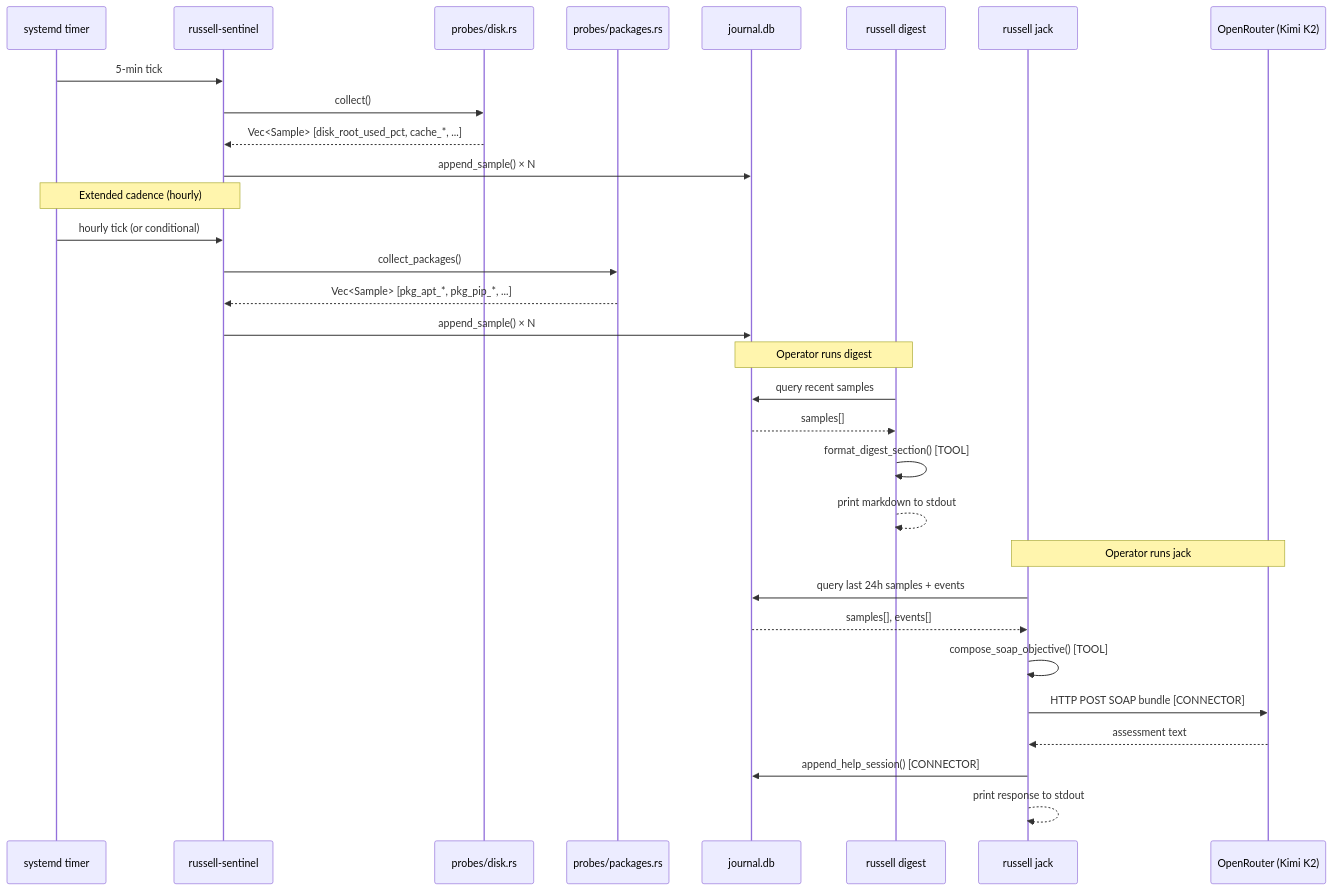
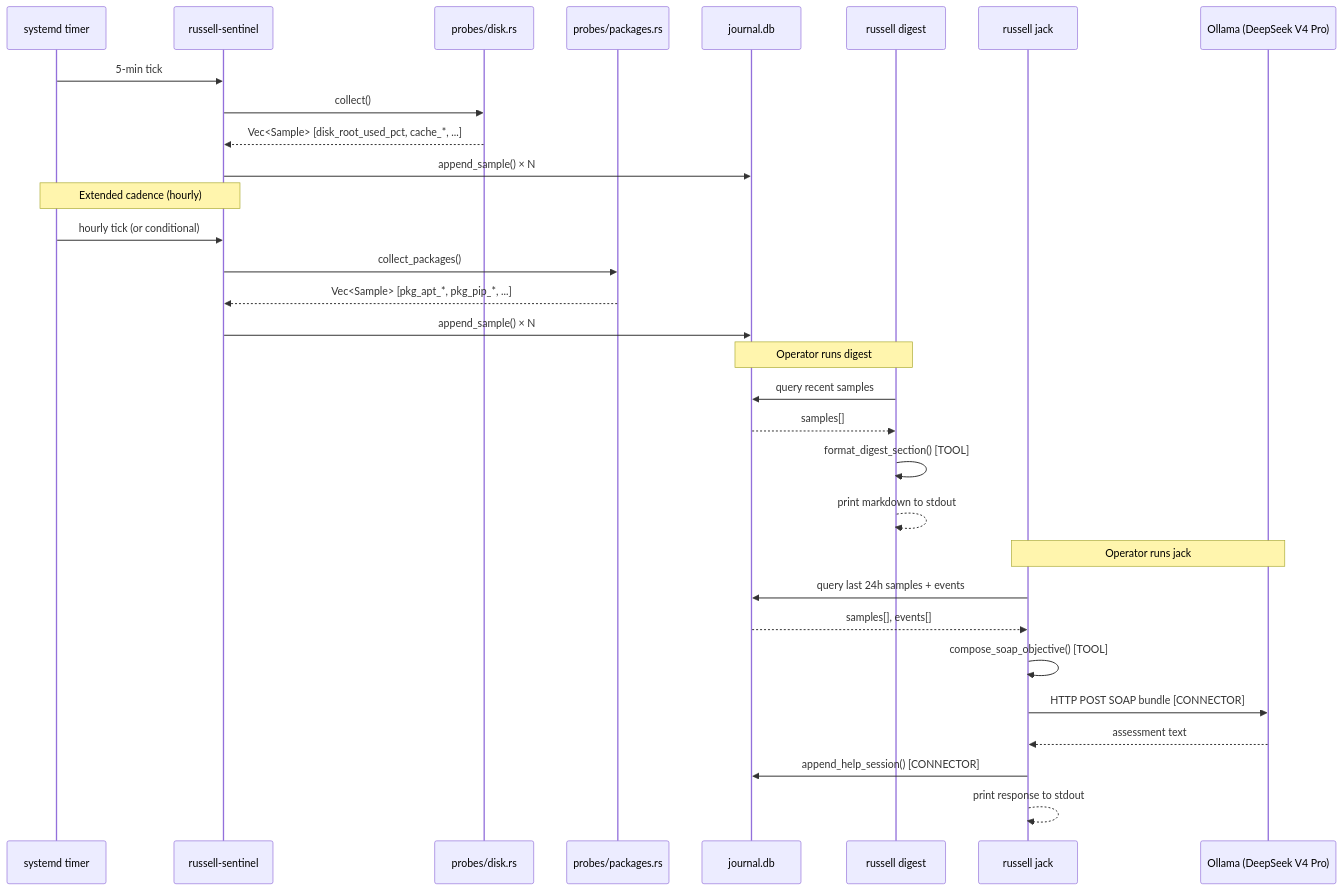
The diagram in docs/specifications/disk-pkg-hygiene/05-integration.md (mdz-axo/russell), drawn with Mermaid before and after one commit. The commit also changed 2 other files, not shown here.

Commit message:
building

````diff
--- a/docs/specifications/disk-pkg-hygiene/05-integration.md
+++ b/docs/specifications/disk-pkg-hygiene/05-integration.md
@@ -130,37 +130,37 @@
 ```mermaid
 sequenceDiagram
     participant Timer as systemd timer
     participant Sentinel as russell-sentinel
     participant DiskProbes as probes/disk.rs
     participant PkgProbes as probes/packages.rs
     participant Journal as journal.db
     participant Digest as russell digest
     participant Doctor as russell jack
-    participant LLM as OpenRouter (Kimi K2)
+    participant LLM as Ollama (DeepSeek V4 Pro)
 
     Timer->>Sentinel: 5-min tick
     Sentinel->>DiskProbes: collect()
     DiskProbes-->>Sentinel: Vec<Sample> [disk_root_used_pct, cache_*, ...]
     Sentinel->>Journal: append_sample() × N
 
     Note over Timer,Sentinel: Extended cadence (hourly)
     Timer->>Sentinel: hourly tick (or conditional)
     Sentinel->>PkgProbes: collect_packages()
     PkgProbes-->>Sentinel: Vec<Sample> [pkg_apt_*, pkg_pip_*, ...]
     Sentinel->>Journal: append_sample() × N
 
     Note over Digest,Journal: Operator runs digest
     Digest->>Journal: query recent samples
     Journal-->>Digest: samples[]
     Digest->>Digest: format_digest_section() [TOOL]
     Digest-->>Digest: print markdown to stdout
 
     Note over Doctor,LLM: Operator runs jack
     Doctor->>Journal: query last 24h samples + events
     Journal-->>Doctor: samples[], events[]
     Doctor->>Doctor: compose_soap_objective() [TOOL]
     Doctor->>LLM: HTTP POST SOAP bundle [CONNECTOR]
     LLM-->>Doctor: assessment text
     Doctor->>Journal: append_help_session() [CONNECTOR]
     Doctor-->>Doctor: print response to stdout
 ```
````
